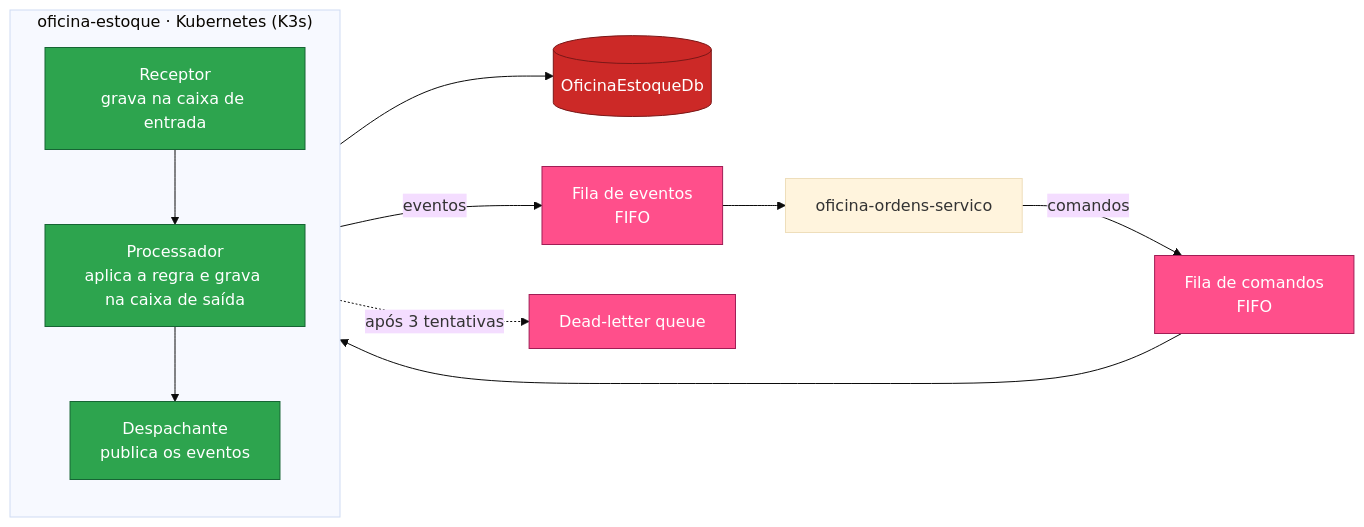
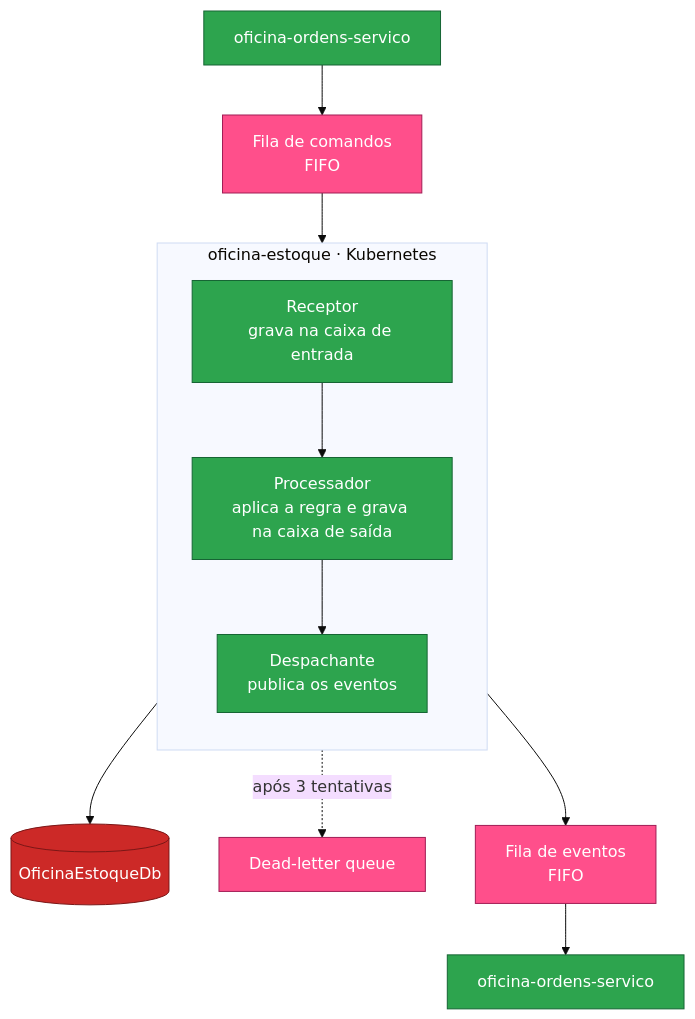
Before and after one commit to fabianorodrigues/oficina-estoque-fiap-fase4: the second of 2 diagrams in README.md, drawn with Mermaid (base theme). The commit also changed other lines of this file, not shown here.

````diff
--- a/README.md
+++ b/README.md
@@ -77,25 +136,27 @@
 ```mermaid
-flowchart LR
-    Ordens["oficina-ordens-servico"] -->|"comandos"| FC["Fila de comandos<br/>FIFO"]
+flowchart TB
+    OrdensEnvia["oficina-ordens-servico"]
+    FilaComandos["Fila de comandos<br/>FIFO"]
 
-    subgraph Estoque["oficina-estoque · Kubernetes (K3s)"]
+    subgraph Servico["oficina-estoque · Kubernetes"]
         direction TB
-        R["Receptor<br/>grava na caixa de entrada"]
-        P["Processador<br/>aplica a regra e grava na caixa de saída"]
-        D["Despachante<br/>publica os eventos"]
-        R --> P --> D
+        Receptor["Receptor<br/>grava na caixa de entrada"]
+        Processador["Processador<br/>aplica a regra e grava na caixa de saída"]
+        Despachante["Despachante<br/>publica os eventos"]
+        Receptor --> Processador --> Despachante
     end
 
-    FC --> R
-    P --> DB[("OficinaEstoqueDb")]
-    D -->|"eventos"| FE["Fila de eventos<br/>FIFO"]
-    FE --> Ordens
-    P -.->|"após 3 tentativas"| DLQ["Dead-letter queue"]
+    OrdensEnvia --> FilaComandos
+    FilaComandos --> Receptor
+    Processador --> Banco[("OficinaEstoqueDb")]
+    Processador -.->|"após 3 tentativas"| DLQ["Dead-letter queue"]
+    Despachante --> FilaEventos["Fila de eventos<br/>FIFO"]
+    FilaEventos --> OrdensRecebe["oficina-ordens-servico"]
 
-    classDef svc fill:#2da44e,stroke:#166534,color:#fff
-    classDef data fill:#CC2927,stroke:#7a1717,color:#fff
-    classDef queue fill:#FF4F8B,stroke:#a11d55,color:#fff
-    class R,P,D svc
-    class DB data
-    class FC,FE,DLQ queue
+    classDef servico fill:#2da44e,stroke:#166534,color:#fff
+    classDef dados fill:#CC2927,stroke:#7a1717,color:#fff
+    classDef fila fill:#FF4F8B,stroke:#a11d55,color:#fff
+    class Receptor,Processador,Despachante,OrdensEnvia,OrdensRecebe servico
+    class Banco dados
+    class FilaComandos,FilaEventos,DLQ fila
 ```
````
